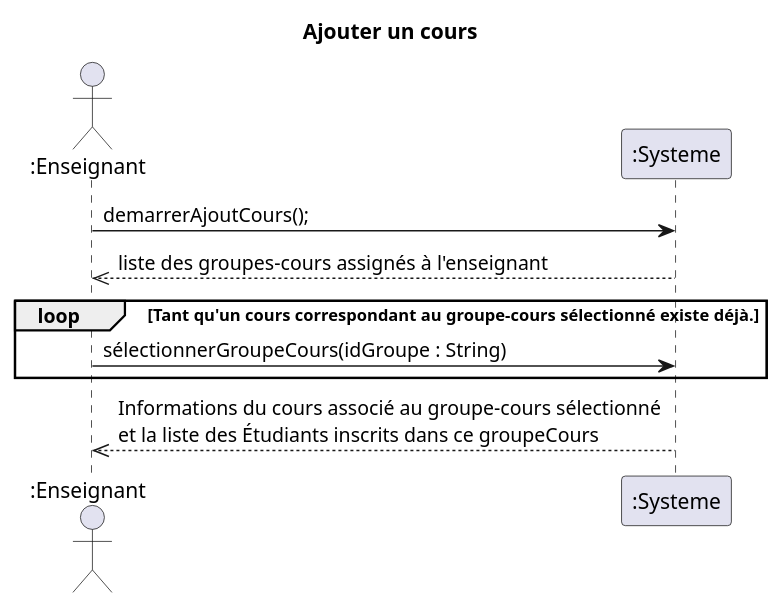
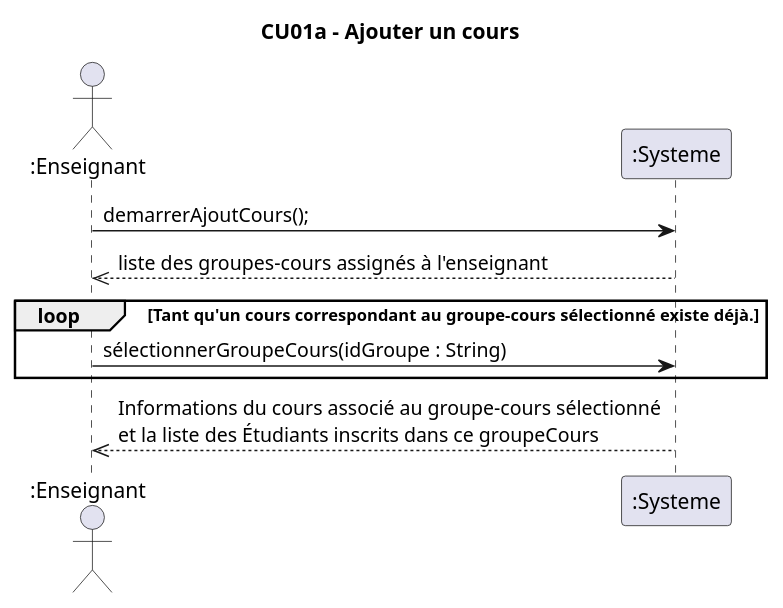
Before and after one commit to xMrYahya/moodle-clone: the diagram in docs/modeles/cu01/dss-ajouter-cours.puml, drawn with PlantUML. The commit also changed 10 other files, not shown here.

```diff
--- a/docs/modeles/cu01/dss-ajouter-cours.puml
+++ b/docs/modeles/cu01/dss-ajouter-cours.puml
@@ -1,14 +1,14 @@
 @startuml
-title Ajouter un cours
+title CU01a - Ajouter un cours
 actor ":Enseignant" as e
 participant ":Systeme" as s
 
 e->s : demarrerAjoutCours();
 
 s-->>e : liste des groupes-cours assignés à l'enseignant
 loop Tant qu'un cours correspondant au groupe-cours sélectionné existe déjà.
 e->s : sélectionnerGroupeCours(idGroupe : String)
 end loop
 s-->>e : Informations du cours associé au groupe-cours sélectionné \net la liste des Étudiants inscrits dans ce groupeCours
 
 @enduml
```
